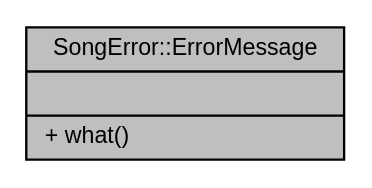
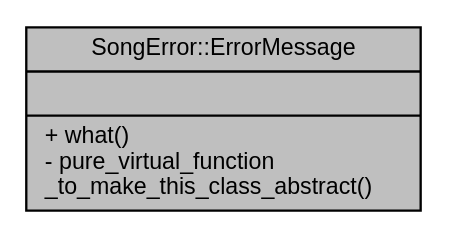
One commit to Dharmil-Shah3/Music_Player-using-CPP changed the diagram in Documentation/structSongError_1_1ErrorMessage__coll__graph.dot. Above: the diagram before and after it, drawn with Graphviz. The commit also changed 70 other files, not shown here.

```diff
--- a/Documentation/structSongError_1_1ErrorMessage__coll__graph.dot
+++ b/Documentation/structSongError_1_1ErrorMessage__coll__graph.dot
@@ -1,7 +1,7 @@
 digraph "SongError::ErrorMessage"
 {
  // LATEX_PDF_SIZE
   edge [fontname="Helvetica",fontsize="10",labelfontname="Helvetica",labelfontsize="10"];
   node [fontname="Helvetica",fontsize="10",shape=record];
-  Node1 [label="{SongError::ErrorMessage\n||+ what()\l}",height=0.2,width=0.4,color="black", fillcolor="grey75", style="filled", fontcolor="black",tooltip="The ErrorMessage struct contains error messages of elements of ErrorCode enum."];
+  Node1 [label="{SongError::ErrorMessage\n||+ what()\l- pure_virtual_function\l_to_make_this_class_abstract()\l}",height=0.2,width=0.4,color="black", fillcolor="grey75", style="filled", fontcolor="black",tooltip="The ErrorMessage struct contains error messages of elements of ErrorCode enum."];
 }
```
